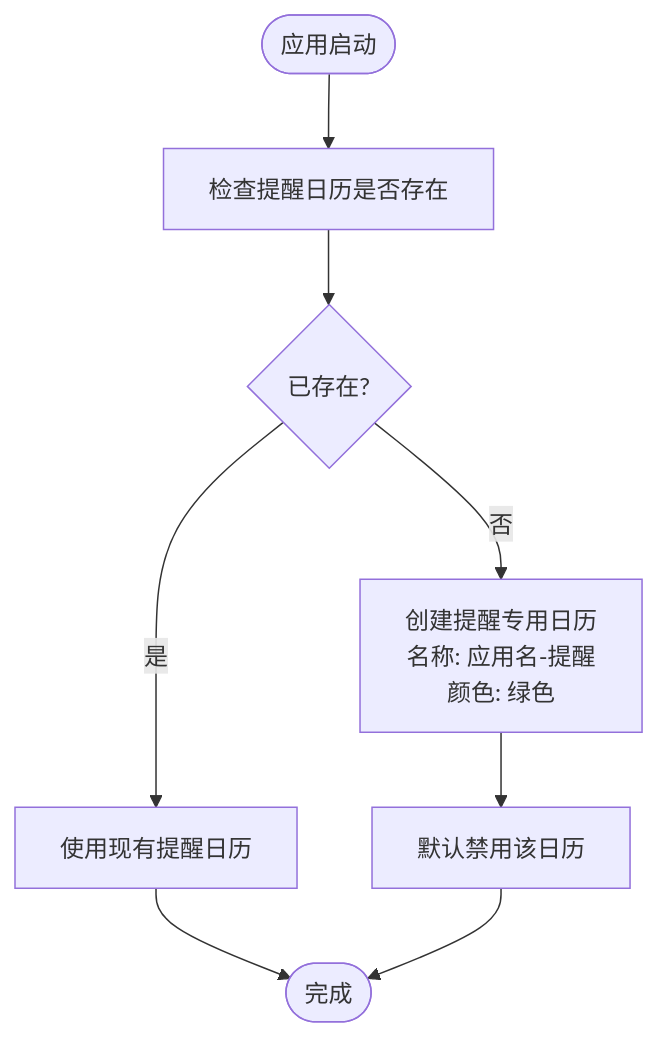
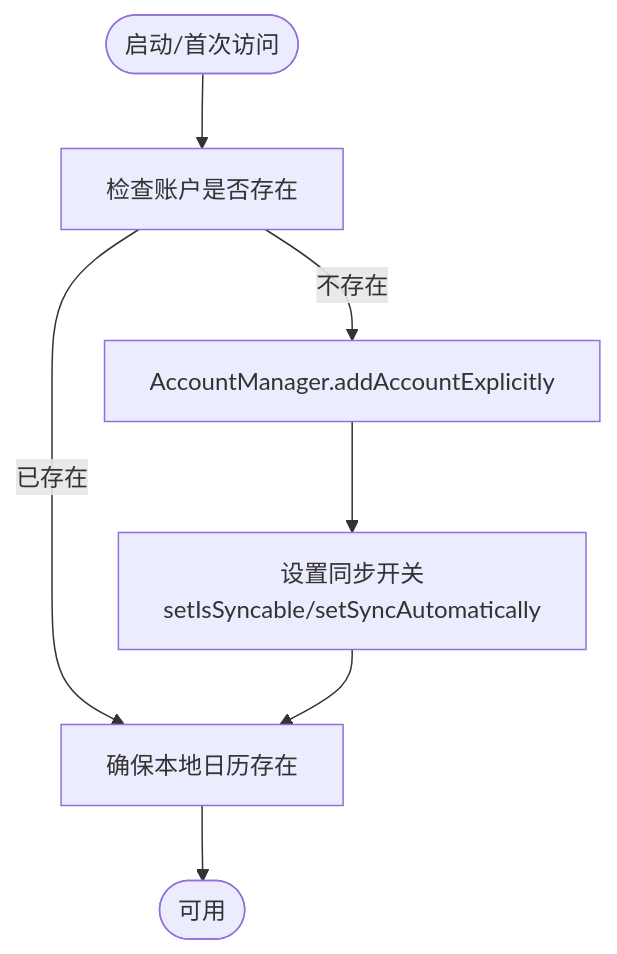
Before and after one commit to xiaobai860/paibanrili: the fourth of 7 diagrams in .qoder/repowiki/zh/content/系统集成/系统日历集成.md, drawn with Mermaid. The commit also changed other lines of this file and 245 other files, not shown here.

````diff
--- a/.qoder/repowiki/zh/content/系统集成/系统日历集成.md
+++ b/.qoder/repowiki/zh/content/系统集成/系统日历集成.md
@@ -253,10 +196,9 @@
 ```mermaid
 flowchart TD
-Start(["应用启动"]) --> CheckCal["检查提醒日历是否存在"]
-CheckCal --> Exists{"已存在?"}
-Exists --> |是| UseExisting["使用现有提醒日历"]
-Exists --> |否| CreateCal["创建提醒专用日历<br/>名称: 应用名-提醒<br/>颜色: 绿色"]
-CreateCal --> DefaultDisable["默认禁用该日历"]
-UseExisting --> End(["完成"])
-DefaultDisable --> End
+Start(["启动/首次访问"]) --> CheckAuth["检查账户是否存在"]
+CheckAuth --> |不存在| CreateAcc["AccountManager.addAccountExplicitly"]
+CreateAcc --> SyncCfg["设置同步开关<br/>setIsSyncable/setSyncAutomatically"]
+CheckAuth --> |已存在| EnsureCal["确保本地日历存在"]
+SyncCfg --> EnsureCal
+EnsureCal --> End(["可用"])
 ```
````
